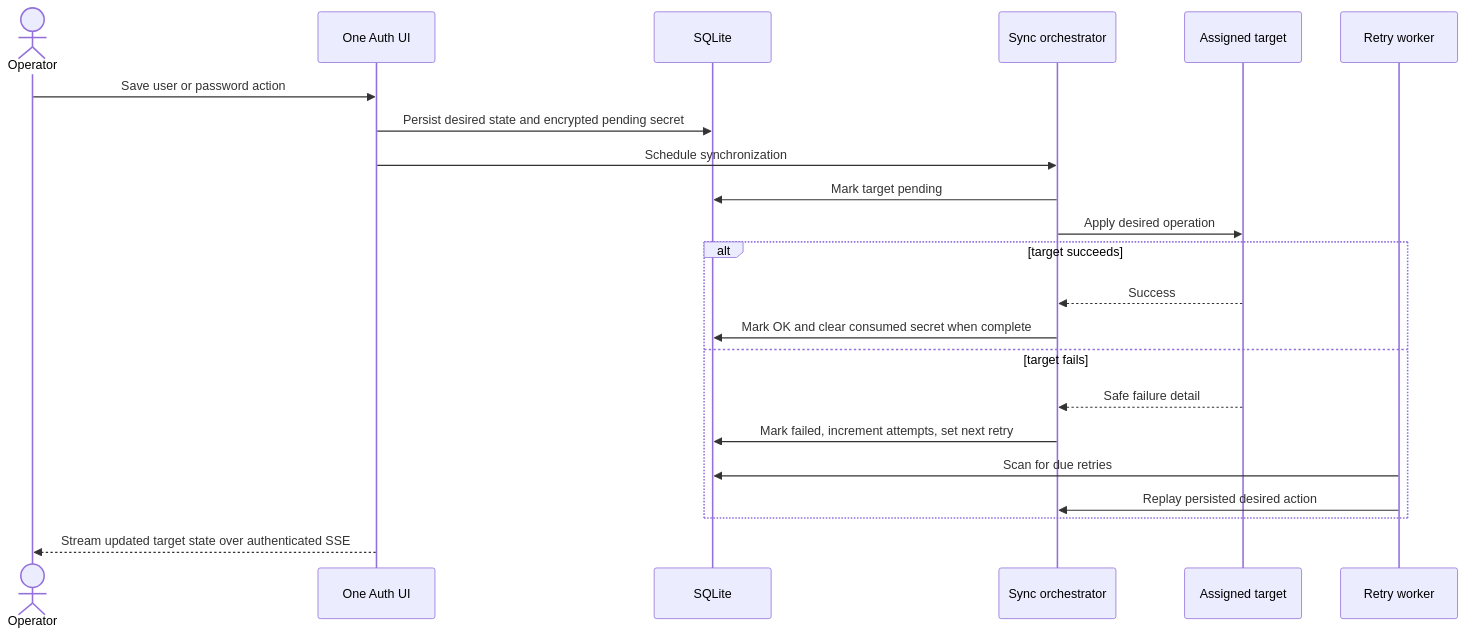
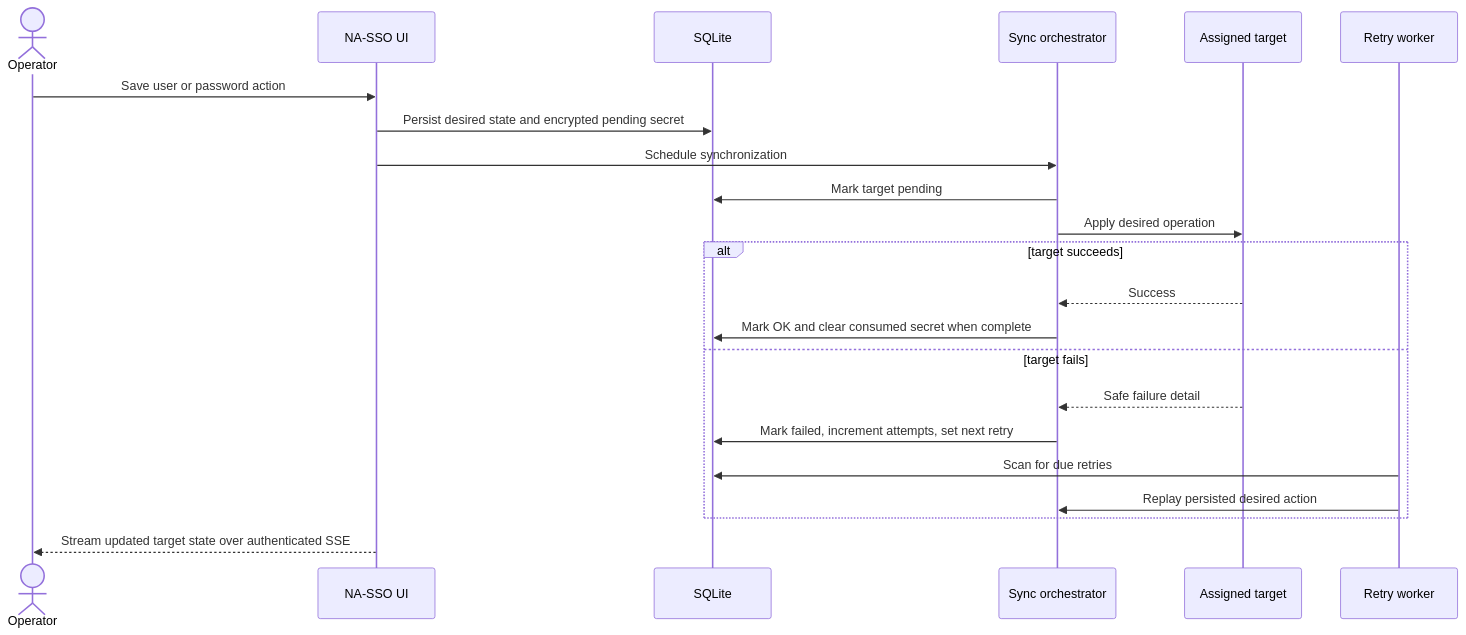
One commit to jpbaking/na-sso changed the fourth of 4 diagrams in docs/DEVELOPER.md. Above: the diagram before and after it, drawn with Mermaid. The commit also changed other lines of this file and 107 other files, not shown here.

````diff
--- a/docs/DEVELOPER.md
+++ b/docs/DEVELOPER.md
@@ -118,25 +118,25 @@
 ```mermaid
 sequenceDiagram
     actor Operator
-    participant UI as One Auth UI
+    participant UI as NA-SSO UI
     participant DB as SQLite
     participant Sync as Sync orchestrator
     participant Target as Assigned target
     participant Worker as Retry worker
 
     Operator->>UI: Save user or password action
     UI->>DB: Persist desired state and encrypted pending secret
     UI->>Sync: Schedule synchronization
     Sync->>DB: Mark target pending
     Sync->>Target: Apply desired operation
     alt target succeeds
         Target-->>Sync: Success
         Sync->>DB: Mark OK and clear consumed secret when complete
     else target fails
         Target-->>Sync: Safe failure detail
         Sync->>DB: Mark failed, increment attempts, set next retry
         Worker->>DB: Scan for due retries
         Worker->>Sync: Replay persisted desired action
     end
     UI-->>Operator: Stream updated target state over authenticated SSE
 ```
````
